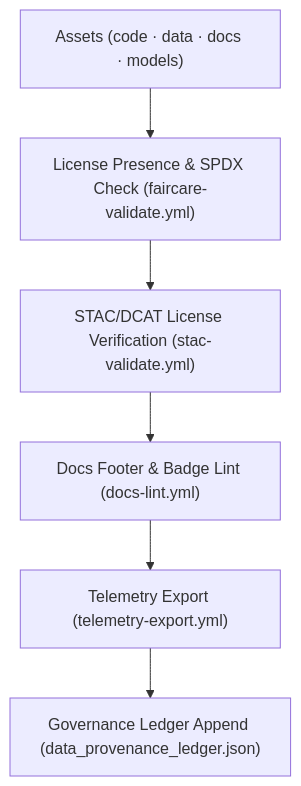
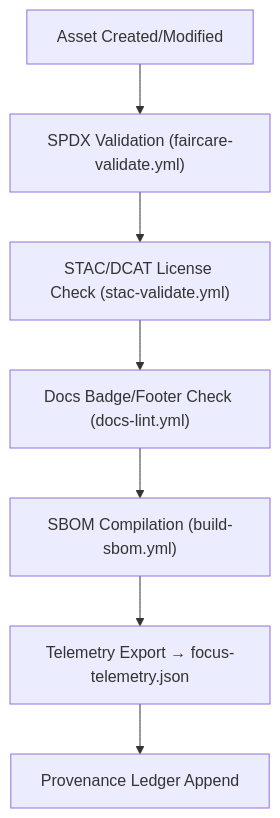
The diagram in docs/standards/licensing.md (bartytime4life/Kansas-Frontier-Matrix), drawn with Mermaid before and after one commit. The commit also changed other lines of this file, not shown here.

````diff
--- a/docs/standards/licensing.md
+++ b/docs/standards/licensing.md
@@ -116,8 +162,9 @@
 ```mermaid
 flowchart TD
-  A["Assets (code · data · docs · models)"] --> B["License Presence & SPDX Check (faircare-validate.yml)"]
-  B --> C["STAC/DCAT License Verification (stac-validate.yml)"]
-  C --> D["Docs Footer & Badge Lint (docs-lint.yml)"]
-  D --> E["Telemetry Export (telemetry-export.yml)"]
-  E --> F["Governance Ledger Append (data_provenance_ledger.json)"]
+A["Asset Created/Modified"] --> B["SPDX Validation (faircare-validate.yml)"]
+B --> C["STAC/DCAT License Check (stac-validate.yml)"]
+C --> D["Docs Badge/Footer Check (docs-lint.yml)"]
+D --> E["SBOM Compilation (build-sbom.yml)"]
+E --> F["Telemetry Export → focus-telemetry.json"]
+F --> G["Provenance Ledger Append"]
 ```
````
